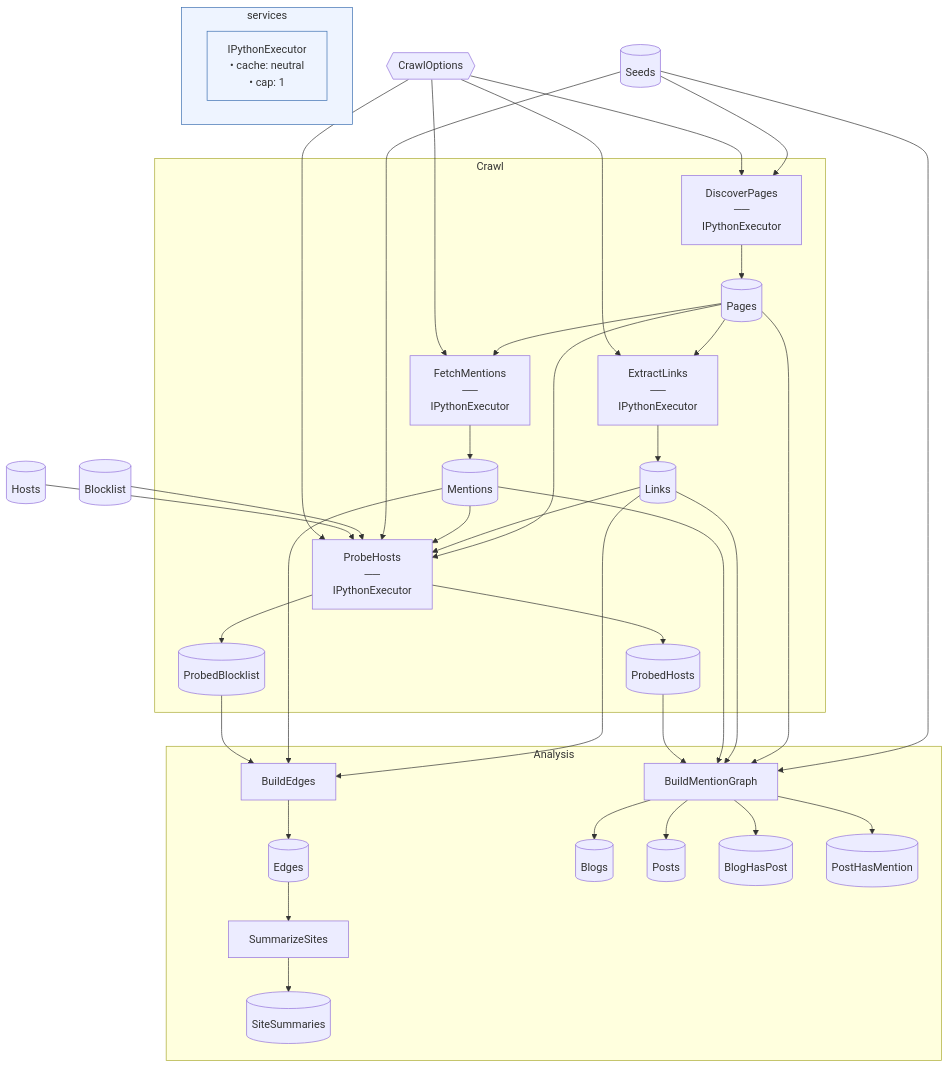
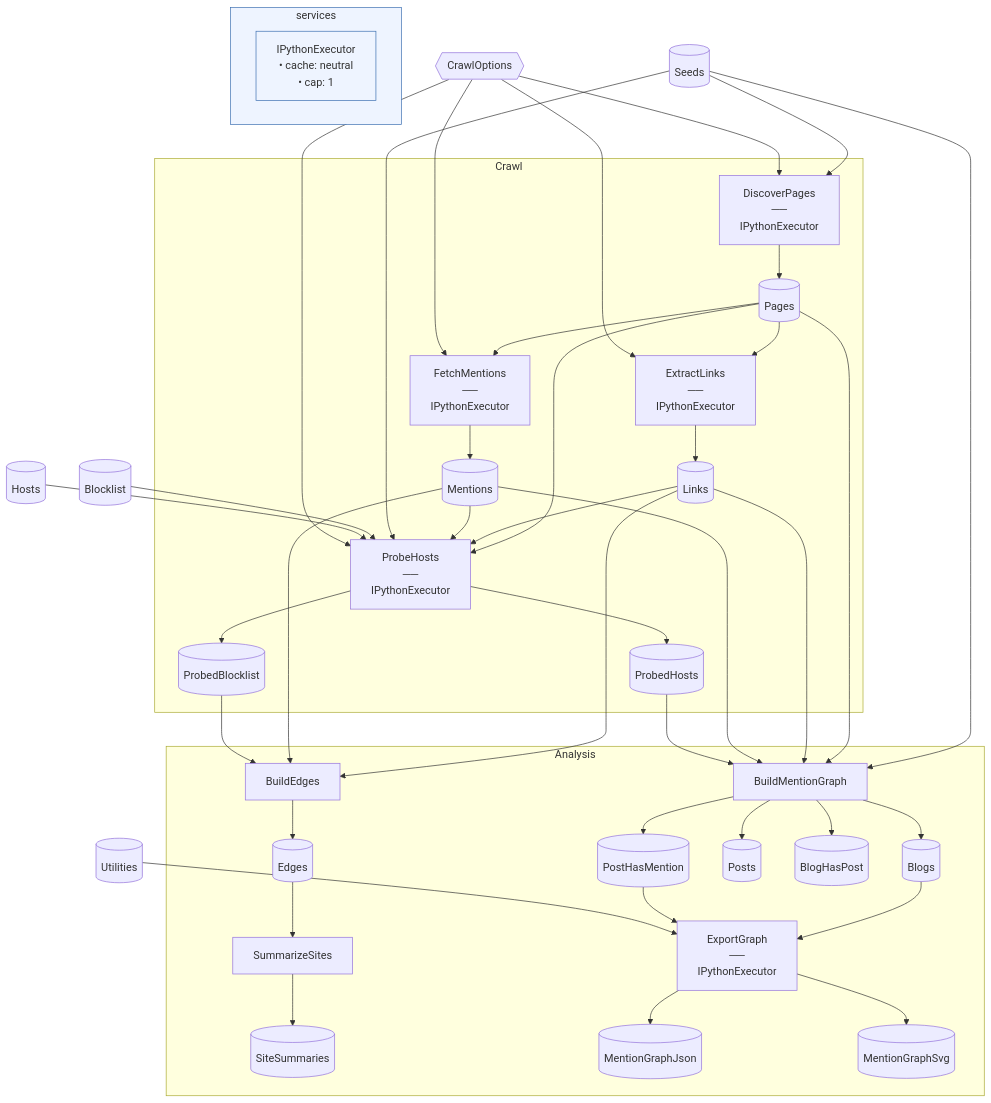
One commit to chaoticgoodcomputing/blog changed the diagram in packages/indieweb-graph/README.md. Above: the diagram before and after it, drawn with Mermaid. The commit also changed other lines of this file and 39 other files, not shown here.

````diff
--- a/packages/indieweb-graph/README.md
+++ b/packages/indieweb-graph/README.md
@@ -73,6 +84,7 @@
     CrawlOptions{{"CrawlOptions"}}
     Hosts[("Hosts")]
     Seeds[("Seeds")]
+    Utilities[("Utilities")]
 
     subgraph Analysis["Analysis"]
         BuildEdges["BuildEdges"]
@@ -84,6 +96,9 @@
         PostHasMention[("PostHasMention")]
         SummarizeSites["SummarizeSites"]
         SiteSummaries[("SiteSummaries")]
+        ExportGraph["ExportGraph<br>──<br>IPythonExecutor"]
+        MentionGraphJson[("MentionGraphJson")]
+        MentionGraphSvg[("MentionGraphSvg")]
     end
 
     subgraph Crawl["Crawl"]
@@ -140,5 +155,10 @@
     BuildMentionGraph --> PostHasMention
     Edges --> SummarizeSites
     SummarizeSites --> SiteSummaries
+    Blogs --> ExportGraph
+    PostHasMention --> ExportGraph
+    Utilities --> ExportGraph
+    ExportGraph --> MentionGraphJson
+    ExportGraph --> MentionGraphSvg
 
 ```
````
